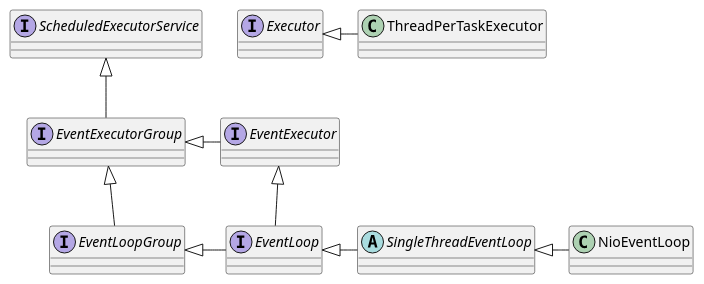
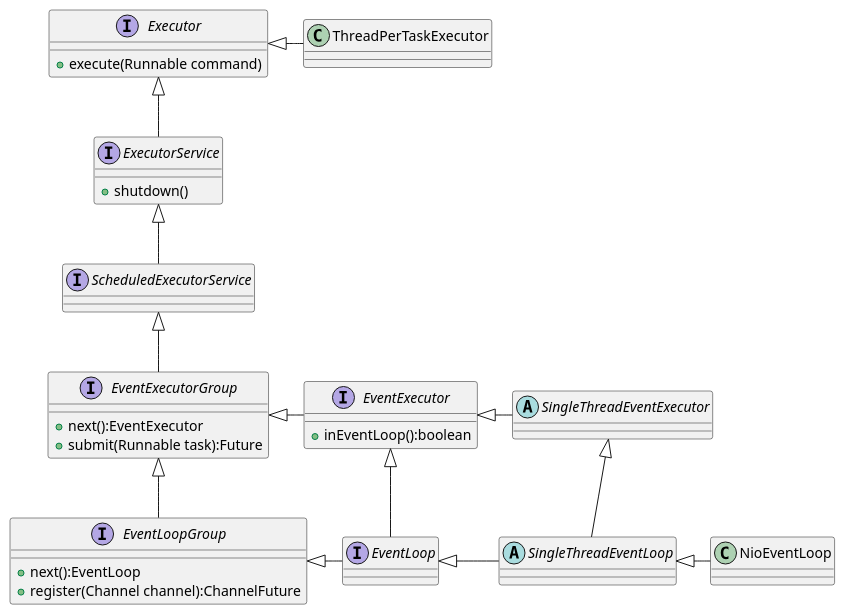
One commit to binecy/bin-learning changed the diagram in netty-start/src/main/java/com/netty/start/echo/evenloop.puml. Above: the diagram before and after it, drawn with PlantUML. The commit also changed 6 other files, not shown here.

```diff
--- a/netty-start/src/main/java/com/netty/start/echo/evenloop.puml
+++ b/netty-start/src/main/java/com/netty/start/echo/evenloop.puml
@@ -1,62 +1,66 @@
 @startuml
 
-
-/'
-abstract class AbstractList
-abstract AbstractCollection
-interface List
-interface Collection
-
-List <|-- AbstractList
-Collection <|-- AbstractCollection
-
-Collection <|- List
-AbstractCollection <|-- AbstractList
-AbstractList <|-- ArrayList
-
-class ArrayList {
-Object[] elementData
-size()
+interface EventLoopGroup {
+    + next():EventLoop
+    + register(Channel channel):ChannelFuture
 }
-
-enum TimeUnit {
-DAYS
-HOURS
-MINUTES
-}
-'/
-
-
-interface EventLoopGroup
 interface EventLoop
 
 EventLoopGroup <|- EventLoop
 abstract class  SingleThreadEventLoop
 
 EventLoop <|-  SingleThreadEventLoop
 
 class NioEventLoop
 SingleThreadEventLoop <|- NioEventLoop
 
 
 /' Executor '/
 interface EventExecutorGroup
 EventExecutorGroup <|-- EventLoopGroup
 
 
+
+
+
+
 interface ScheduledExecutorService
 ScheduledExecutorService <|-- EventExecutorGroup
 
 
-interface EventExecutor
+interface EventExecutor {
++ inEventLoop():boolean
+}
+
+
+abstract class SingleThreadEventExecutor
+
+EventExecutor <|- SingleThreadEventExecutor
+
+
 EventExecutor <|-- EventLoop
 
 
 
-
-interface EventExecutorGroup
+interface EventExecutorGroup {
+    + next():EventExecutor
+    + submit(Runnable task):Future
+}
 EventExecutorGroup <|- EventExecutor
 
-interface Executor
+interface Executor  {
+    + execute(Runnable command)
+}
 Executor <|- ThreadPerTaskExecutor
+
+interface ExecutorService {
+    + shutdown()
+}
+ExecutorService <|-- ScheduledExecutorService
+
+
+Executor <|-- ExecutorService
+
+
+SingleThreadEventExecutor <|-- SingleThreadEventLoop
 @enduml
```
